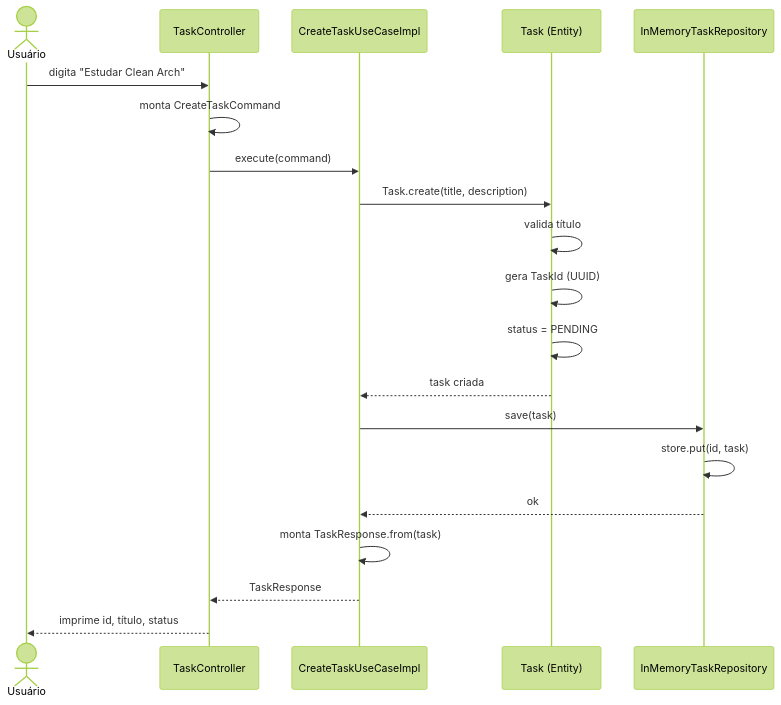
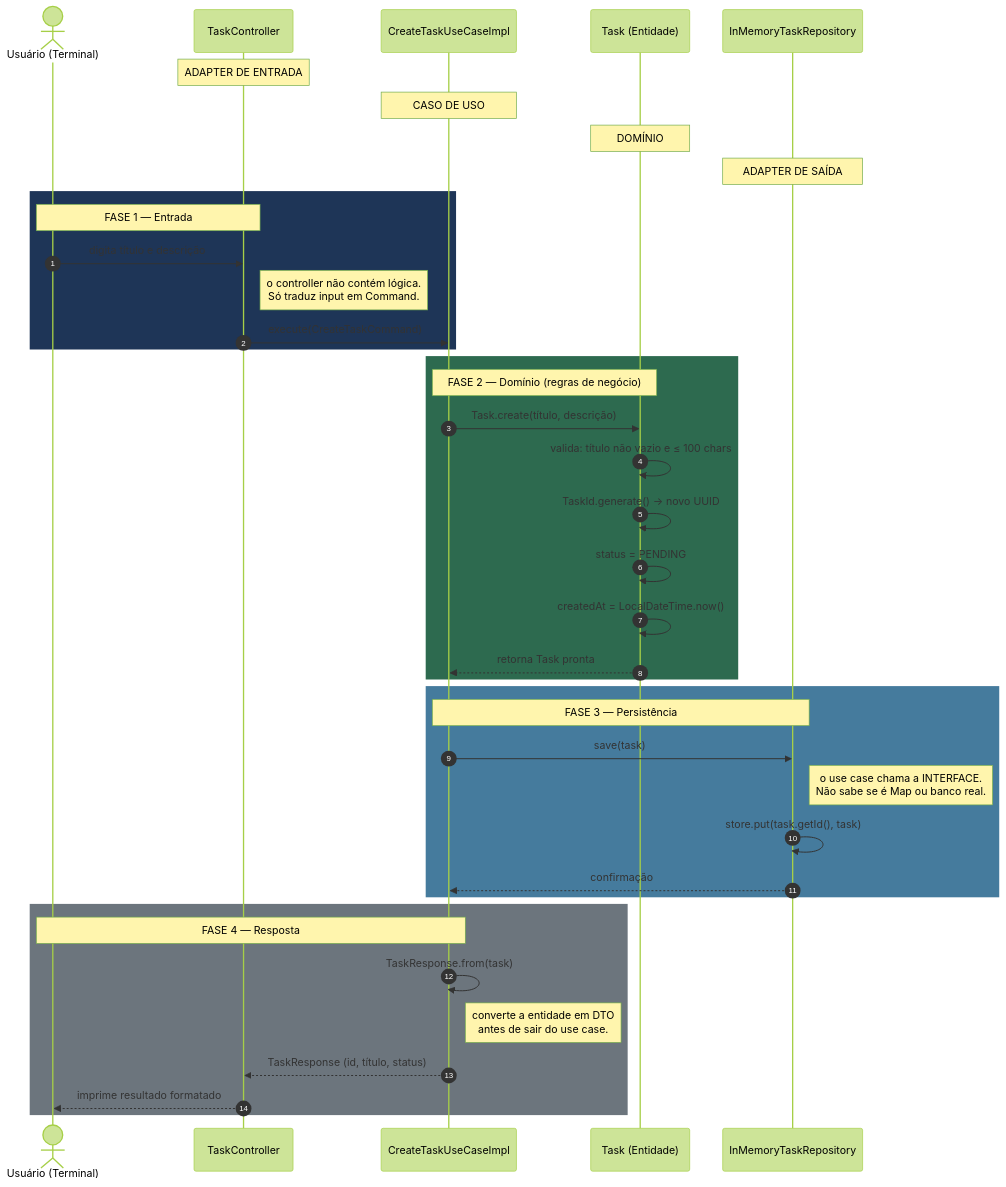
The third of 6 diagrams in README.md (henriquecpp/clean-architecture-java), drawn with Mermaid (forest theme) before and after one commit. The commit also changed other lines of this file, not shown here.

Commit message:
docs: improve sequence diagrams readability
- add autonumber to both sequence diagrams
- use full participant names instead of single-letter aliases
- add phase labels with rect blocks and notes for each layer role
- annotate arrows with contextual explanations
- label the three execution paths in the complete-task diagram

````diff
--- a/README.md
+++ b/README.md
@@ -559,23 +561,47 @@
 ```mermaid
 sequenceDiagram
-    actor User as Usuário
-    participant C as TaskController
+    autonumber
+    actor User as Usuário (Terminal)
+    participant Ctrl as TaskController
     participant UC as CreateTaskUseCaseImpl
-    participant T as Task (Entity)
-    participant R as InMemoryTaskRepository
+    participant Task as Task (Entidade)
+    participant Repo as InMemoryTaskRepository
 
-    User->>C: digita "Estudar Clean Arch"
-    C->>C: monta CreateTaskCommand
-    C->>UC: execute(command)
-    UC->>T: Task.create(title, description)
-    T->>T: valida título
-    T->>T: gera TaskId (UUID)
-    T->>T: status = PENDING
-    T-->>UC: task criada
-    UC->>R: save(task)
-    R->>R: store.put(id, task)
-    R-->>UC: ok
-    UC->>UC: monta TaskResponse.from(task)
-    UC-->>C: TaskResponse
-    C-->>User: imprime id, título, status
+    Note over Ctrl: ADAPTER DE ENTRADA
+    Note over UC: CASO DE USO
+    Note over Task: DOMÍNIO
+    Note over Repo: ADAPTER DE SAÍDA
+
+    rect rgb(30, 53, 87)
+        Note over User,Ctrl: FASE 1 — Entrada
+        User->>Ctrl: digita título e descrição
+        Note right of Ctrl: o controller não contém lógica.<br/>Só traduz input em Command.
+        Ctrl->>UC: execute(CreateTaskCommand)
+    end
+
+    rect rgb(45, 106, 79)
+        Note over UC,Task: FASE 2 — Domínio (regras de negócio)
+        UC->>Task: Task.create(título, descrição)
+        Task->>Task: valida: título não vazio e ≤ 100 chars
+        Task->>Task: TaskId.generate() → novo UUID
+        Task->>Task: status = PENDING
+        Task->>Task: createdAt = LocalDateTime.now()
+        Task-->>UC: retorna Task pronta
+    end
+
+    rect rgb(69, 123, 157)
+        Note over UC,Repo: FASE 3 — Persistência
+        UC->>Repo: save(task)
+        Note right of Repo: o use case chama a INTERFACE.<br/>Não sabe se é Map ou banco real.
+        Repo->>Repo: store.put(task.getId(), task)
+        Repo-->>UC: confirmação
+    end
+
+    rect rgb(108, 117, 125)
+        Note over UC,User: FASE 4 — Resposta
+        UC->>UC: TaskResponse.from(task)
+        Note right of UC: converte a entidade em DTO<br/>antes de sair do use case.
+        UC-->>Ctrl: TaskResponse (id, título, status)
+        Ctrl-->>User: imprime resultado formatado
+    end
 ```
````
